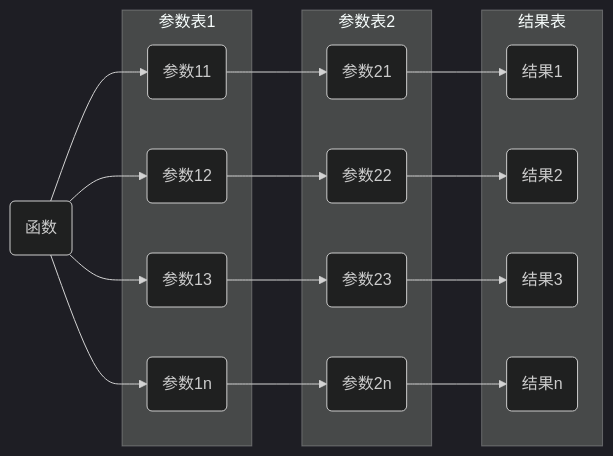
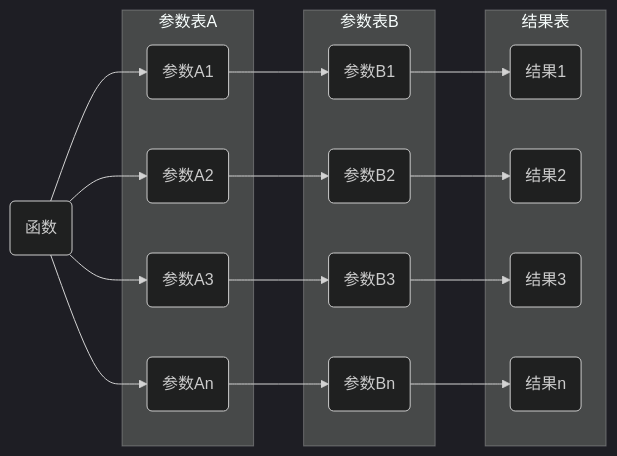
One commit to atlisp-org/atlisp-docs changed the diagram in Lisp进阶/lisp.org. Above: the diagram before and after it, drawn with Mermaid (dark theme). The commit also changed other lines of this file, not shown here.

```diff
--- a/Lisp进阶/lisp.org
+++ b/Lisp进阶/lisp.org
@@ -8,29 +9,29 @@
 #+begin_src mermaid
   flowchart LR;
      A(函数) -->P1 & P2 & P3 & Pn
-     subgraph 参数表1
-         P1(参数11)
-         P2(参数12)
-         P3(参数13)
-         Pn(参数1n)      
+     subgraph 参数表A
+         P1(参数A1)
+         P2(参数A2)
+         P3(参数A3)
+         Pn(参数An)      
      end
 
-     subgraph 参数表2
-         P21(参数21)
-         P22(参数22)
-         P23(参数23)
-         P2n(参数2n)      
+     subgraph 参数表B
+         P21(参数B1)
+         P22(参数B2)
+         P23(参数B3)
+         P2n(参数Bn)      
      end
      subgraph 结果表
          R1(结果1)
          R2(结果2)
          R3(结果3)
          Rn(结果n)      
      end
      P1-->P21-->R1
      P2-->P22-->R2
      P3-->P23-->R3
      Pn-->P2n-->Rn
      
 
 #+end_src
```
